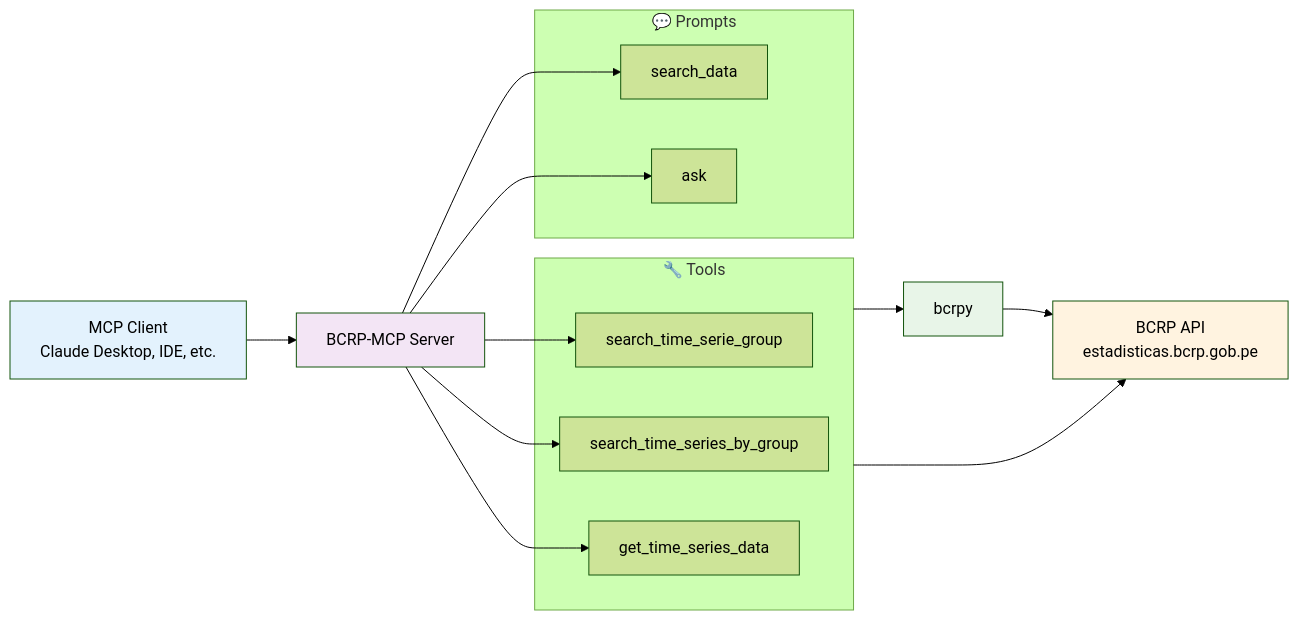
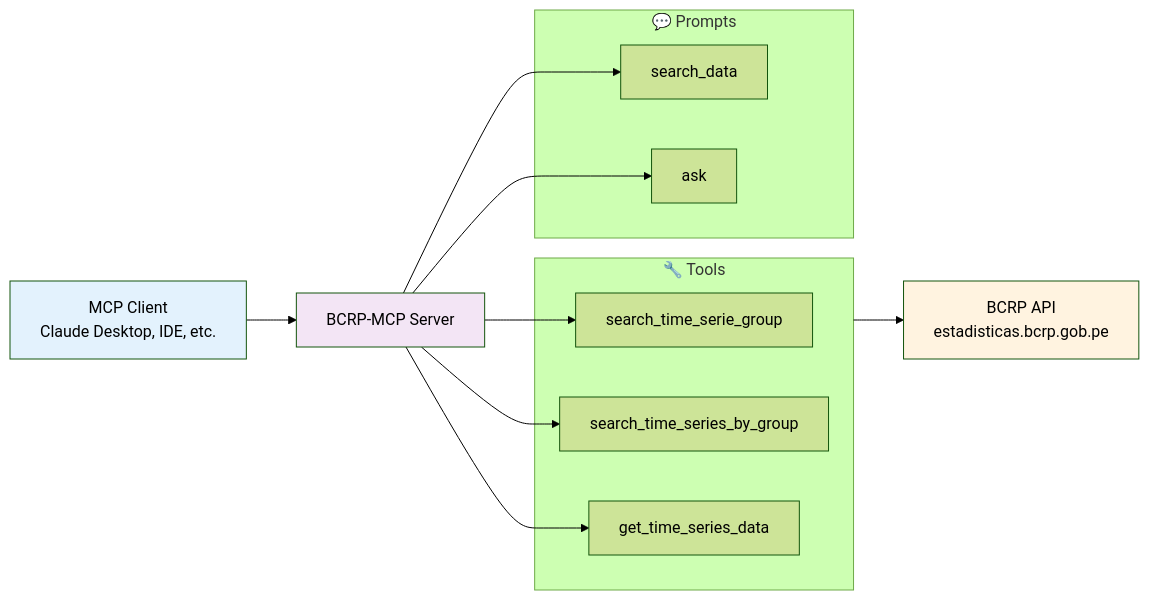
One commit to rodcar/bcrp-mcp changed the diagram in README.md. Above: the diagram before and after it, drawn with Mermaid (forest theme). The commit also changed other lines of this file and 3 other files, not shown here.

````diff
--- a/README.md
+++ b/README.md
@@ -149,30 +149,27 @@
 ```mermaid
 graph LR
     CLIENT[MCP Client<br/>Claude Desktop, IDE, etc.] --> MCP_SERVER[BCRP-MCP Server]
-    bcrpy --> BCRP_API[BCRP API<br/>estadisticas.bcrp.gob.pe]
     
     subgraph TOOLS ["🔧 Tools"]
         SEARCH_GROUP[search_time_serie_group]
         SEARCH_SERIES[search_time_series_by_group]
         GET_DATA[get_time_series_data]
     end
     
     subgraph "💬 Prompts"
         SEARCH_PROMPT[search_data]
         ASK_PROMPT[ask]
     end
     
     MCP_SERVER --> SEARCH_GROUP
     MCP_SERVER --> SEARCH_SERIES
     MCP_SERVER --> GET_DATA
     MCP_SERVER --> SEARCH_PROMPT
     MCP_SERVER --> ASK_PROMPT
     
-    TOOLS --> bcrpy
-    TOOLS --> BCRP_API
+    TOOLS --> BCRP_API[BCRP API<br/>estadisticas.bcrp.gob.pe]
     
     style CLIENT fill:#e3f2fd
     style MCP_SERVER fill:#f3e5f5
-    style bcrpy fill:#e8f5e8
     style BCRP_API fill:#fff3e0
 ```
````
